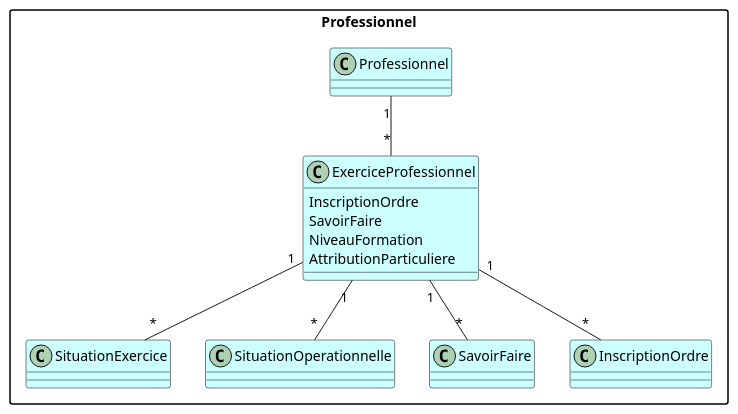
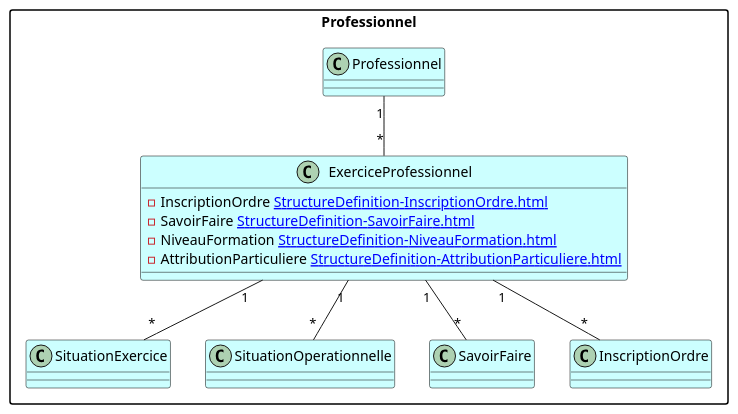
One commit to ansforge/IG-modele-objets-sante changed the diagram in input/images-source/professionnel-short.plantuml. Above: the diagram before and after it, drawn with PlantUML.

Commit message:
add links

```diff
--- a/input/images-source/professionnel-short.plantuml
+++ b/input/images-source/professionnel-short.plantuml
@@ -1,37 +1,33 @@
 @startuml
 skinparam packageStyle rectangle
 skinparam backgroundColor #FFFFFF
 skinparam class {
     BackgroundColor #CCFFFF
     BorderColor black
 }
 
 package "Professionnel" {
     class Professionnel
     class ExerciceProfessionnel {
-        InscriptionOrdre
-        SavoirFaire
-        NiveauFormation
-        AttributionParticuliere
+        - InscriptionOrdre [[StructureDefinition-InscriptionOrdre.html]]
+        - SavoirFaire [[StructureDefinition-SavoirFaire.html]]
+        - NiveauFormation [[StructureDefinition-NiveauFormation.html]]
+        - AttributionParticuliere [[StructureDefinition-AttributionParticuliere.html]]
     }
     class SituationExercice 
     class SituationOperationnelle
 
     url of Professionnel is [[StructureDefinition-Professionnel.html]]
     url of ExerciceProfessionnel is [[StructureDefinition-ExerciceProfessionnel.html]]
     url of SituationExercice is [[StructureDefinition-SituationExercice.html]]
     url of SituationOperationnelle is [[StructureDefinition-SituationOperationnelle.html]]
- ' url of SavoirFaire is [[StructureDefinition-SavoirFaire.html]]
- ' url of InscriptionOrdre is [[StructureDefinition-InscriptionOrdre.html]]
- ' url of NiveauFormation is [[StructureDefinition-NiveauFormation.html]]
- ' url of AttributionParticuliere is [[StructureDefinition-AttributionParticuliere.html]]
 
     Professionnel "1" -- "*" ExerciceProfessionnel
     
     ExerciceProfessionnel "1" -- "*" SituationExercice
     ExerciceProfessionnel "1" -- "*" SituationOperationnelle
     ExerciceProfessionnel "1" -- "*" SavoirFaire
     ExerciceProfessionnel "1" -- "*" InscriptionOrdre
 }
 
 @enduml
```
